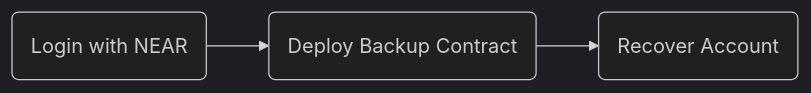
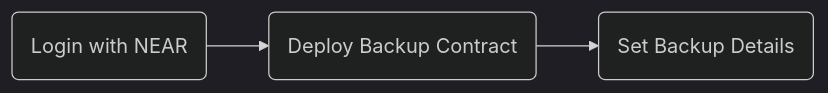
One commit to azmasamy/save-station changed the first of 2 diagrams in README.md. Above: the diagram before and after it, drawn with Mermaid (dark theme). The commit also changed other lines of this file, not shown here.

````diff
--- a/README.md
+++ b/README.md
@@ -8,4 +8,4 @@
 ```mermaid
 graph LR
-A(Login with NEAR) --> B(Deploy Backup Contract) --> C(Recover Account)
+A(Login with NEAR) --> B(Deploy Backup Contract) --> C(Set Backup Details)
 ```
````
